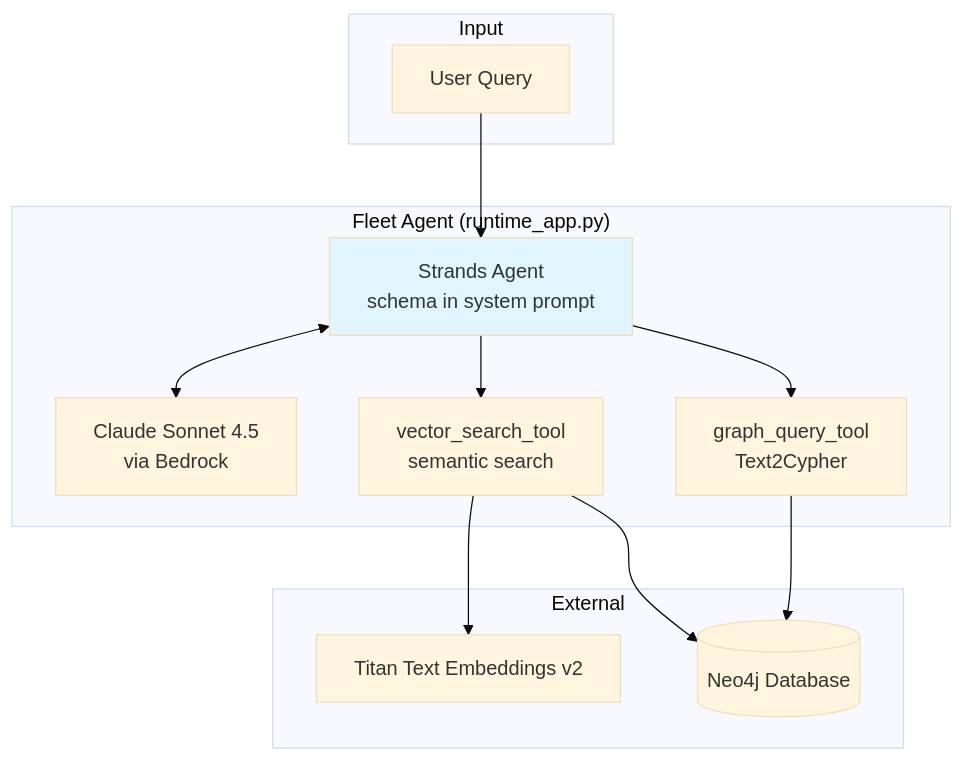
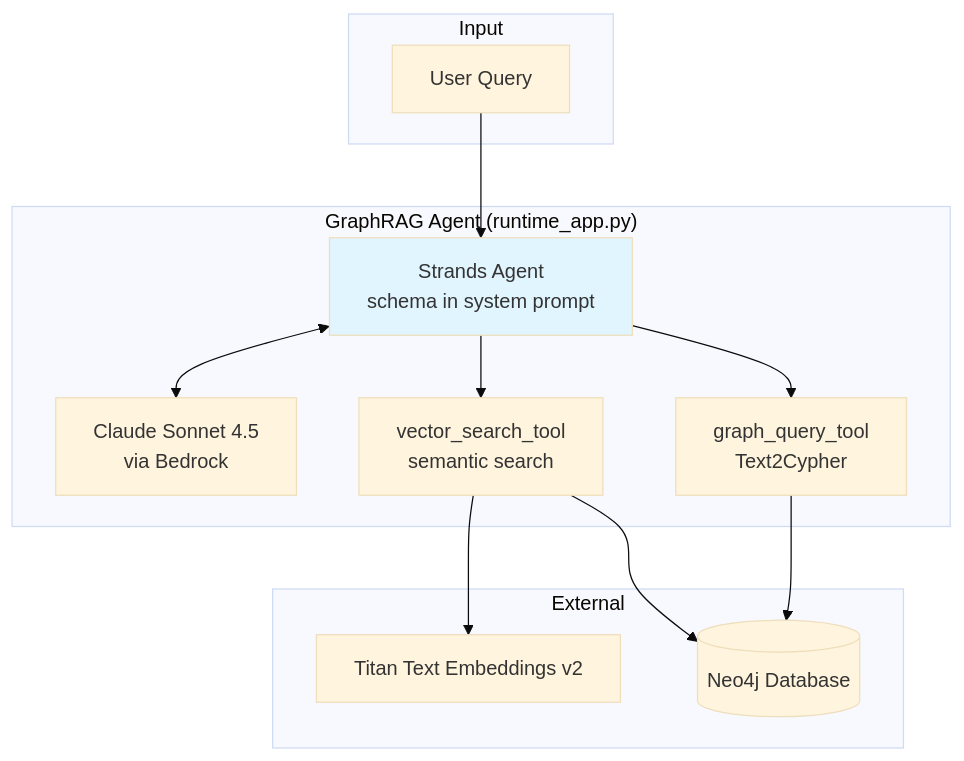
One commit to neo4j-partners/aws-starter changed the sixth of 10 diagrams in docs/ARCHITECTURE.md. Above: the diagram before and after it, drawn with Mermaid (base theme). The commit also changed other lines of this file and 47 other files, not shown here.

````diff
--- a/docs/ARCHITECTURE.md
+++ b/docs/ARCHITECTURE.md
@@ -376,28 +376,28 @@
 ```mermaid
 flowchart TB
     subgraph Input["Input"]
         USER[User Query]
     end
 
-    subgraph FleetAgent["Fleet Agent (runtime_app.py)"]
+    subgraph GraphRAGAgent["GraphRAG Agent (runtime_app.py)"]
         LLM[Claude Sonnet 4.5<br/>via Bedrock]
         AGENT[Strands Agent<br/>schema in system prompt]
         GQ[graph_query_tool<br/>Text2Cypher]
         VS[vector_search_tool<br/>semantic search]
     end
 
     subgraph External["External"]
         TITAN[Titan Text Embeddings v2]
         NEO4J[(Neo4j Database)]
     end
 
     USER --> AGENT
     AGENT <--> LLM
     AGENT --> GQ
     AGENT --> VS
     GQ --> NEO4J
     VS --> TITAN
     VS --> NEO4J
 
     style AGENT fill:#e1f5fe
 ```
````
